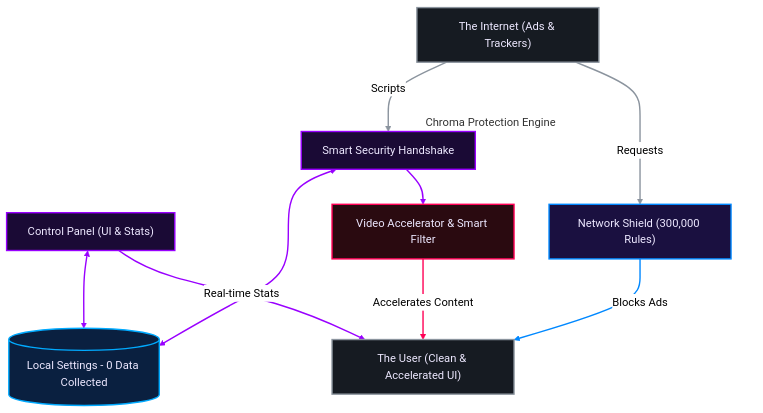
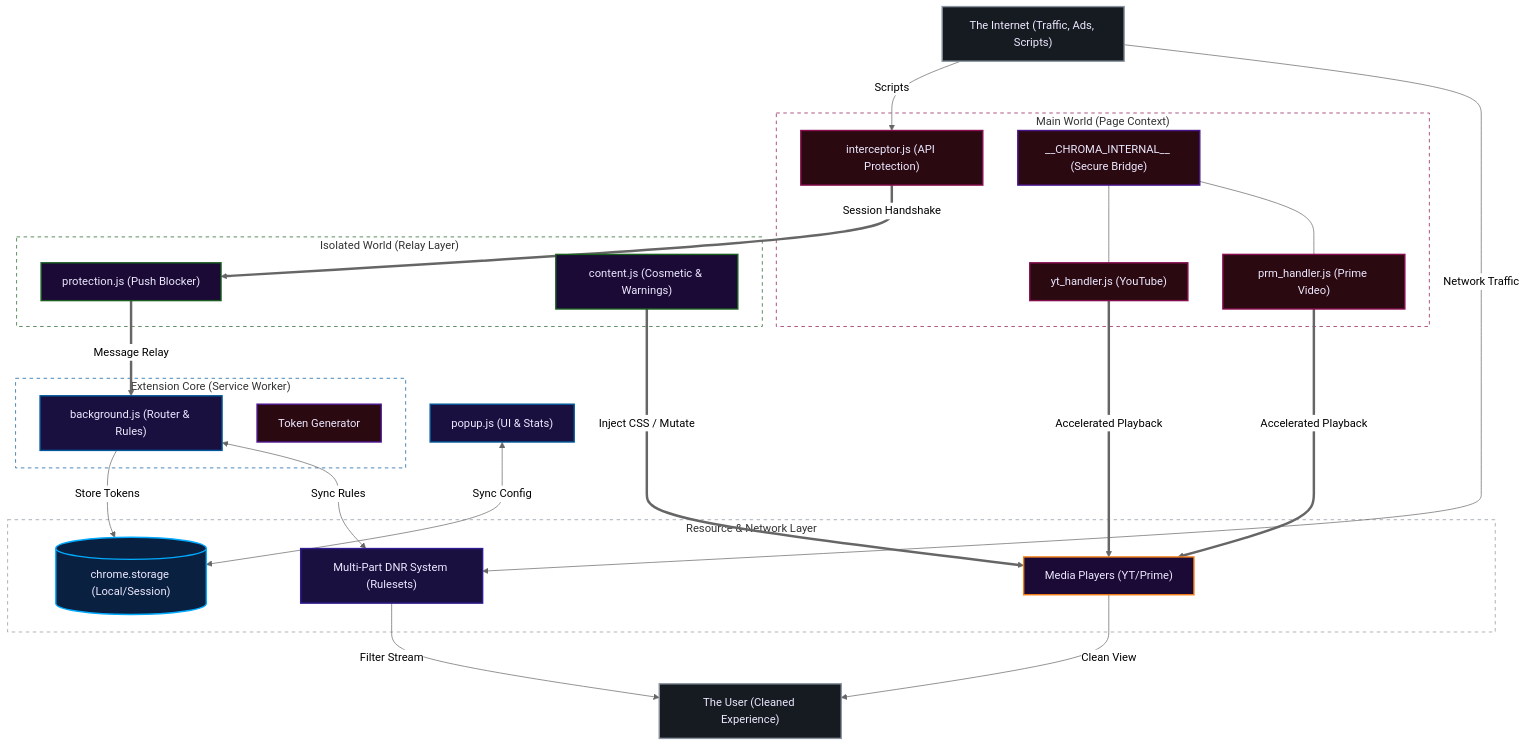
The diagram in index.md (Dabrogost/Chroma-Ad-Blocker), drawn with Mermaid (neutral theme) before and after one commit. The commit also changed other lines of this file and 2 other files, not shown here.

```diff
--- a/index.md
+++ b/index.md
@@ -163,31 +163,71 @@
     <div class="mermaid">
 graph TD
-    classDef main fill:#2a0a10,color:#ede8ff,stroke:#ff0055,stroke-width:2px
-    classDef shield fill:#1a1040,color:#ede8ff,stroke:#0088ff,stroke-width:2px
-    classDef logic fill:#1a0a35,color:#ede8ff,stroke:#9900ff,stroke-width:2px
+    classDef sw fill:#1a1040,color:#ede8ff,stroke:#01579b,stroke-width:2px
     classDef storage fill:#0a2040,color:#ede8ff,stroke:#00aaff,stroke-width:2px
+    classDef isolated fill:#1a0a35,color:#ede8ff,stroke:#1b5e20,stroke-width:2px
+    classDef main fill:#2a0a10,color:#ede8ff,stroke:#880e4f,stroke-width:2px
+    classDef dnr fill:#1a1040,color:#ede8ff,stroke:#311b92,stroke-width:2px
+    classDef dom fill:#1a0a35,color:#ede8ff,stroke:#f57f17,stroke-width:2px
+    classDef secure fill:#2a0a10,color:#ede8ff,stroke:#4a148c,stroke-width:2px
     classDef actor fill:#161b22,color:#ede8ff,stroke:#8b949e,stroke-width:2px
-    INTERNET["The Internet (Ads & Trackers)"]:::actor
-    subgraph Engine["Chroma Protection Engine"]
-        SHIELD["Network Shield (300,000 Rules)"]:::shield
-        CORE["Smart Security Handshake"]:::logic
-        FILTER["Video Accelerator & Smart Filter"]:::main
+
+    %% --- LAYER 0: ENTRANCE ---
+    INTERNET["The Internet (Traffic, Ads, Scripts)"]:::actor
+
+    %% --- LAYER 1: MAIN WORLD (Execution Context) ---
+    subgraph MW["Main World (Page Context)"]
+        INTERCEPT["interceptor.js (API Protection)"]:::main
+        YT_H["yt_handler.js (YouTube)"]:::main
+        PRM_H["prm_handler.js (Prime Video)"]:::main
+        BRIDGE["__CHROMA_INTERNAL__ (Secure Bridge)"]:::secure
     end
-    STORAGE[(Local Settings - 0 Data Collected)]:::storage
-    POPUP["Control Panel (UI & Stats)"]:::logic
-    USER["The User (Clean & Accelerated UI)"]:::actor
-    INTERNET--"Scripts"-->CORE
-    INTERNET--"Requests"-->SHIELD
-    CORE<-->STORAGE
-    CORE==>FILTER
-    SHIELD==>|"Blocks Ads"|USER
-    FILTER==>|"Accelerates Content"|USER
-    POPUP<-->STORAGE
-    POPUP--"Real-time Stats"-->USER
-    linkStyle 0,1 stroke:#8b949e,stroke-width:2px;
-    linkStyle 2,3 stroke:#9900ff,stroke-width:2px;
-    linkStyle 4 stroke:#0088ff,stroke-width:2px;
-    linkStyle 5 stroke:#ff0055,stroke-width:2px;
-    linkStyle 6,7 stroke:#9900ff,stroke-width:2px;
-    style Engine fill:none,stroke:none
+
+    %% --- LAYER 2: ISOLATED WORLD (Extension Context) ---
+    subgraph IW["Isolated World (Relay Layer)"]
+        PROT["protection.js (Push Blocker)"]:::isolated
+        CONT["content.js (Cosmetic & Warnings)"]:::isolated
+    end
+
+    %% --- LAYER 3: SERVICE WORKER CORE ---
+    subgraph SW["Extension Core (Service Worker)"]
+        BG["background.js (Router & Rules)"]:::sw
+        TOKEN_G["Token Generator"]:::secure
+    end
+
+    %% --- LAYER 4: INFRASTRUCTURE ---
+    subgraph System["Resource & Network Layer"]
+        STORAGE[("chrome.storage (Local/Session)")]:::storage
+        DNR["Multi-Part DNR System (Rulesets)"]:::dnr
+        PLAYER["Media Players (YT/Prime)"]:::dom
+    end
+
+    %% --- LAYER 5: UI ---
+    POPUP["popup.js (UI & Stats)"]:::sw
+    USER["The User (Cleaned Experience)"]:::actor
+
+    %% --- PIPELINE FLOW ---
+    INTERNET -- "Scripts" --> INTERCEPT
+    INTERNET -- "Network Traffic" --> DNR
+    
+    INTERCEPT ==>|"Session Handshake"| PROT
+    PROT ==>|"Message Relay"| BG
+    BG -- "Store Tokens" --> STORAGE
+    
+    BRIDGE --- YT_H
+    BRIDGE --- PRM_H
+    YT_H ==>|"Accelerated Playback"| PLAYER
+    PRM_H ==>|"Accelerated Playback"| PLAYER
+    
+    CONT ==>|"Inject CSS / Mutate"| PLAYER
+    DNR -- "Filter Stream" --> USER
+    PLAYER -- "Clean View" --> USER
+    
+    POPUP <-->|"Sync Config"| STORAGE
+    BG <-->|"Sync Rules"| DNR
+
+    %% Style Tweaks
+    style MW fill:none,stroke:#880e4f,stroke-dasharray: 5 5
+    style IW fill:none,stroke:#1b5e20,stroke-dasharray: 5 5
+    style SW fill:none,stroke:#01579b,stroke-dasharray: 5 5
+    style System fill:none,stroke:#8b949e,stroke-dasharray: 5 5
     </div>
```
